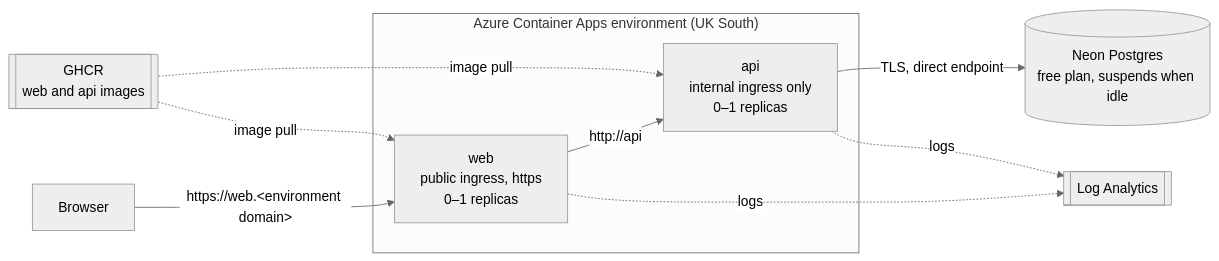
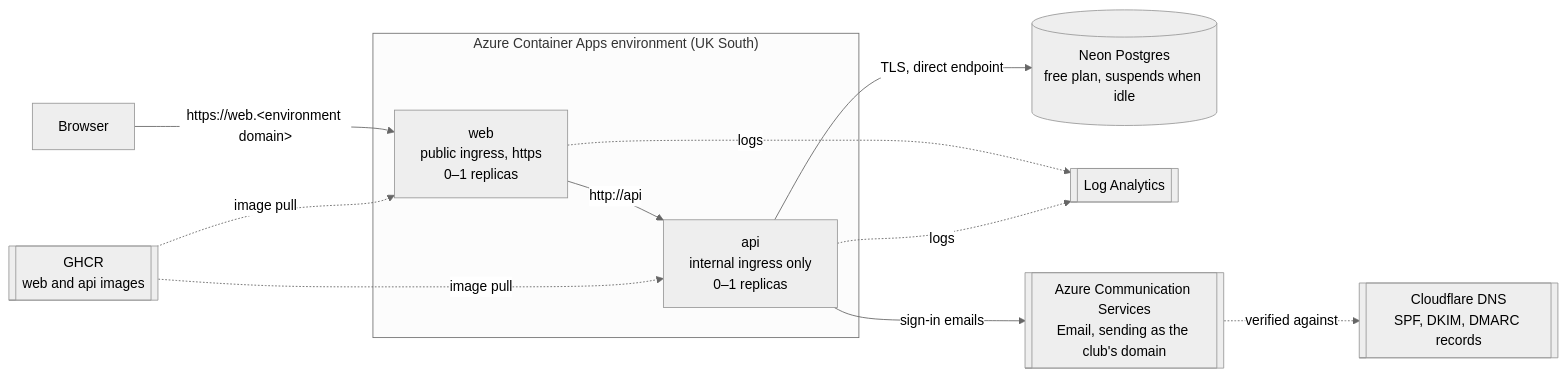
Before and after one commit to l1em1on1/social-tennis: the seventh of 11 diagrams in docs/architecture.md, drawn with Mermaid (neutral theme). The commit also changed other lines of this file and 34 other files, not shown here.

First line of the commit message:
Email magic links through Azure Communication Services; confirm step on the link (#19)

````diff
--- a/docs/architecture.md
+++ b/docs/architecture.md
@@ -277,17 +284,21 @@
 ```mermaid
 flowchart LR
     B[Browser]
     subgraph aca ["Azure Container Apps environment (UK South)"]
         W["web<br/>public ingress, https<br/>0–1 replicas"]
         A["api<br/>internal ingress only<br/>0–1 replicas"]
     end
     N[("Neon Postgres<br/>free plan, suspends when idle")]
     G[["GHCR<br/>web and api images"]]
     L[["Log Analytics"]]
+    M[["Azure Communication Services<br/>Email, sending as the club's domain"]]
+    C[["Cloudflare DNS<br/>SPF, DKIM, DMARC records"]]
 
     B -->|"https://web.&lt;environment domain&gt;"| W
     W -->|"http://api"| A
     A -->|"TLS, direct endpoint"| N
     G -.->|"image pull"| W & A
     W & A -.->|"logs"| L
+    A -->|"sign-in emails"| M
+    M -.->|"verified against"| C
 ```
````
